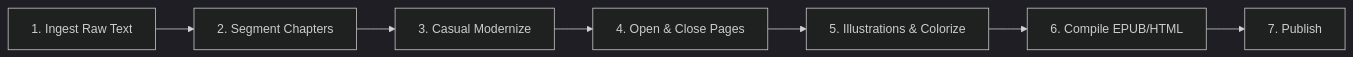
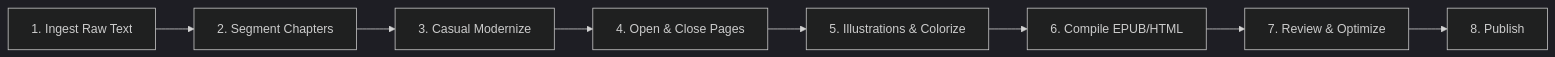
One commit to hongwk2001/TKprof_book changed the diagram in books/two_cities/two_cities_roadmap.md. Above: the diagram before and after it, drawn with Mermaid (dark theme). The commit also changed other lines of this file and 228 other files, not shown here.

````diff
--- a/books/two_cities/two_cities_roadmap.md
+++ b/books/two_cities/two_cities_roadmap.md
@@ -11,9 +11,10 @@
 ```mermaid
 flowchart LR
     Ingest[1. Ingest Raw Text] --> Segment[2. Segment Chapters]
     Segment --> Modernize[3. Casual Modernize]
     Modernize --> OpenClose[4. Open & Close Pages]
     OpenClose --> Colorize[5. Illustrations & Colorize]
     Colorize --> Compile[6. Compile EPUB/HTML]
-    Compile --> Publish[7. Publish]
+    Compile --> Review[7. Review & Optimize]
+    Review --> Publish[8. Publish]
 ```
````
